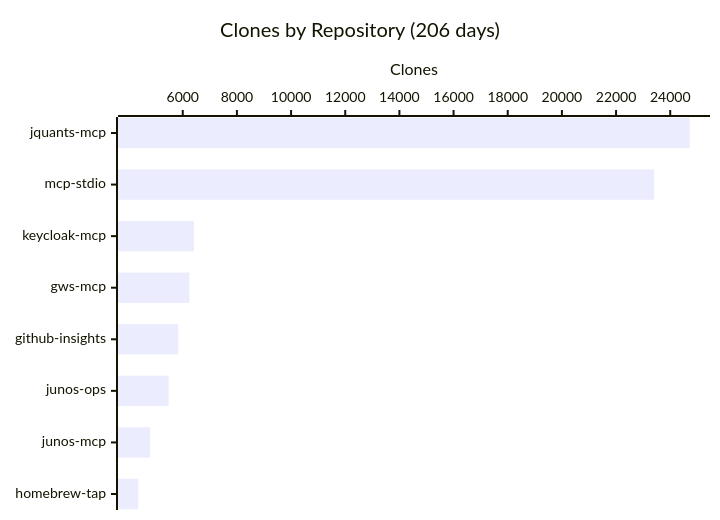
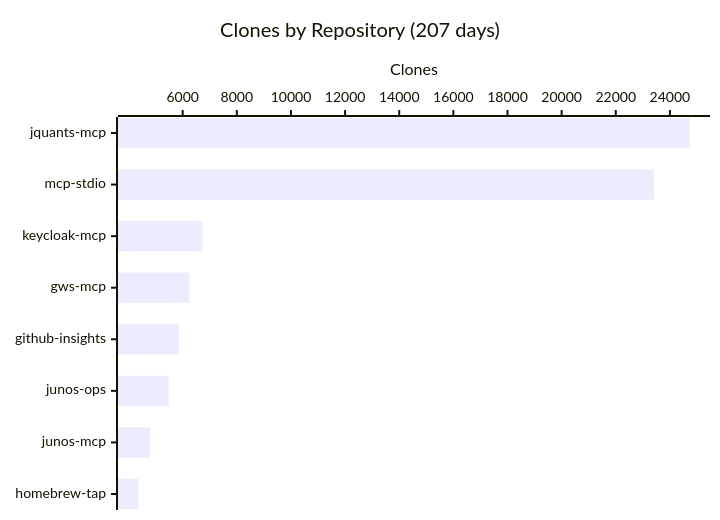
Before and after one commit to shigechika/github-insights: the fourth of 4 diagrams in README.md, drawn with Mermaid. The commit also changed other lines of this file and 2 other files, not shown here.

````diff
--- a/README.md
+++ b/README.md
@@ -58,7 +58,7 @@
 ```mermaid
 xychart-beta horizontal
-    title "Clones by Repository (206 days)"
+    title "Clones by Repository (207 days)"
     x-axis ["jquants-mcp", "mcp-stdio", "keycloak-mcp", "gws-mcp", "github-insights", "junos-ops", "junos-mcp", "homebrew-tap"]
     y-axis "Clones"
-    bar [24719, 23405, 6419, 6247, 5831, 5483, 4790, 4359]
+    bar [24731, 23414, 6732, 6252, 5858, 5485, 4795, 4361]
 ```
````
